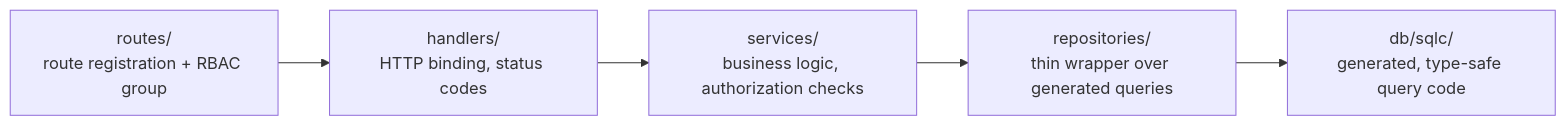
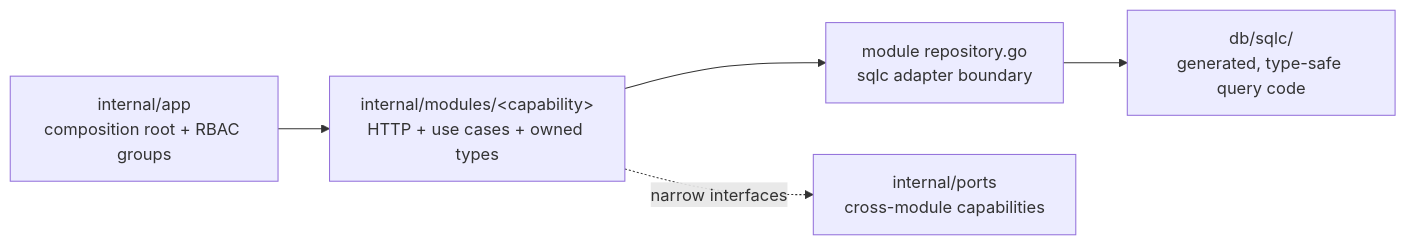
One commit to Krishmal2004/openschool changed the second of 4 diagrams in docs/ARCHITECTURE.md. Above: the diagram before and after it, drawn with Mermaid. The commit also changed other lines of this file and 124 other files, not shown here.

````diff
--- a/docs/ARCHITECTURE.md
+++ b/docs/ARCHITECTURE.md
@@ -150,7 +146,7 @@
 ```mermaid
 flowchart LR
-    R["routes/<br/>route registration + RBAC group"] --> H["handlers/<br/>HTTP binding, status codes"]
-    H --> S["services/<br/>business logic, authorization checks"]
-    S --> Repo["repositories/<br/>thin wrapper over generated queries"]
+    App["internal/app<br/>composition root + RBAC groups"] --> Module["internal/modules/&lt;capability&gt;<br/>HTTP + use cases + owned types"]
+    Module --> Repo["module repository.go<br/>sqlc adapter boundary"]
     Repo --> SQLC["db/sqlc/<br/>generated, type-safe query code"]
+    Module -. "narrow interfaces" .-> Ports["internal/ports<br/>cross-module capabilities"]
 ```
````
